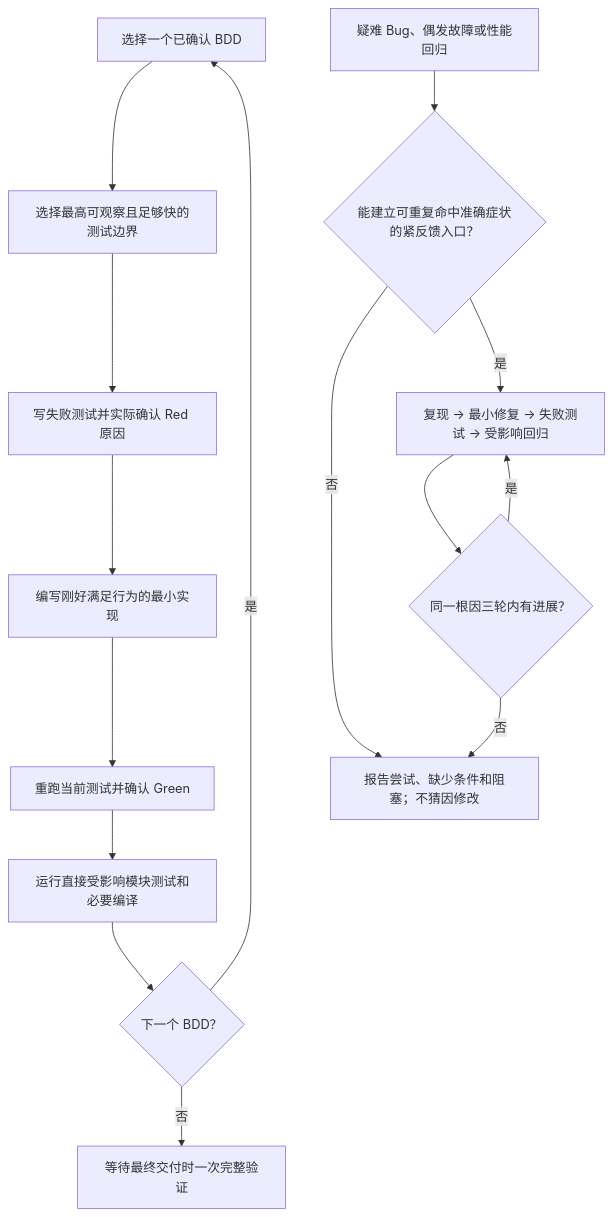
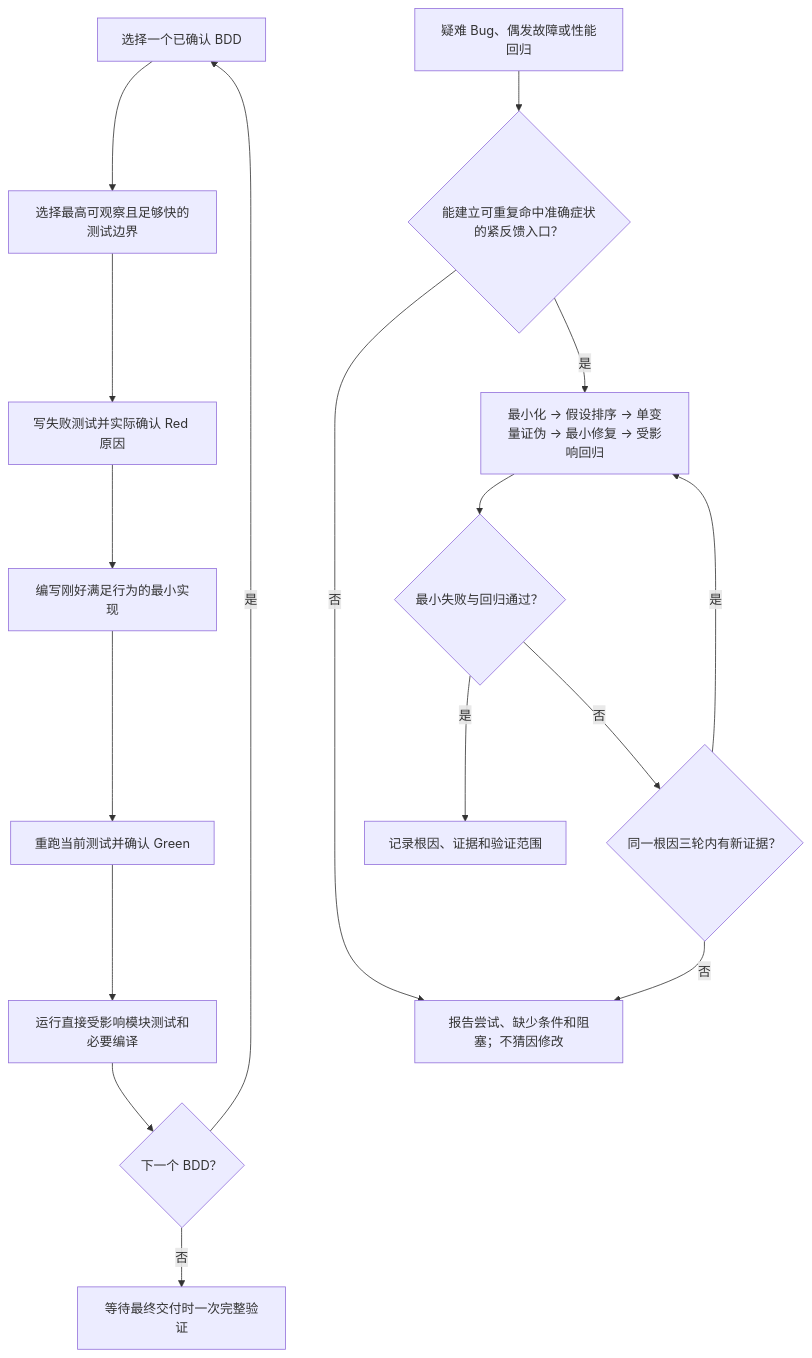
Before and after one commit to yejuntian/android-delivery-skills: the fourth of 10 diagrams in docs/FLOW_DIAGRAMS.md, drawn with Mermaid. The commit also changed other lines of this file and 3 other files, not shown here.

````diff
--- a/docs/FLOW_DIAGRAMS.md
+++ b/docs/FLOW_DIAGRAMS.md
@@ -122,18 +123,20 @@
 ```mermaid
 flowchart TD
     BDD["选择一个已确认 BDD"] --> BOUNDARY["选择最高可观察且足够快的测试边界"]
     BOUNDARY --> RED["写失败测试并实际确认 Red 原因"]
     RED --> MIN["编写刚好满足行为的最小实现"]
     MIN --> GREEN["重跑当前测试并确认 Green"]
     GREEN --> IMPACT["运行直接受影响模块测试和必要编译"]
     IMPACT --> NEXT{"下一个 BDD？"}
     NEXT -- "是" --> BDD
     NEXT -- "否" --> READY["等待最终交付时一次完整验证"]
 
     BUG["疑难 Bug、偶发故障或性能回归"] --> LOOP{"能建立可重复命中准确症状的紧反馈入口？"}
     LOOP -- "否" --> BLOCK["报告尝试、缺少条件和阻塞；不猜因修改"]
-    LOOP -- "是" --> REPRO["复现 -> 最小修复 -> 失败测试 -> 受影响回归"]
-    REPRO --> PROGRESS{"同一根因三轮内有进展？"}
+    LOOP -- "是" --> REPRO["最小化 -> 假设排序 -> 单变量证伪 -> 最小修复 -> 受影响回归"]
+    REPRO --> PASS{"最小失败与回归通过？"}
+    PASS -- "是" --> FIXED["记录根因、证据和验证范围"]
+    PASS -- "否" --> PROGRESS{"同一根因三轮内有新证据？"}
     PROGRESS -- "是" --> REPRO
     PROGRESS -- "否" --> BLOCK
 ```
````
